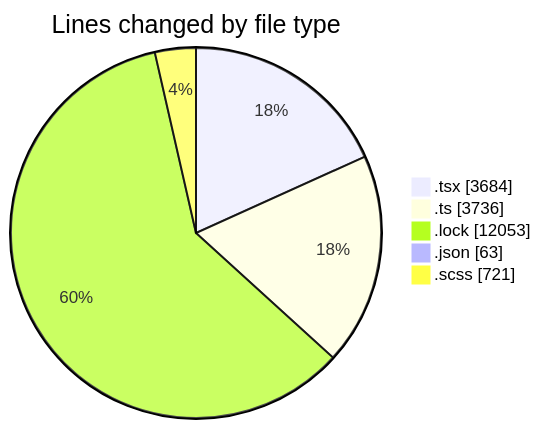
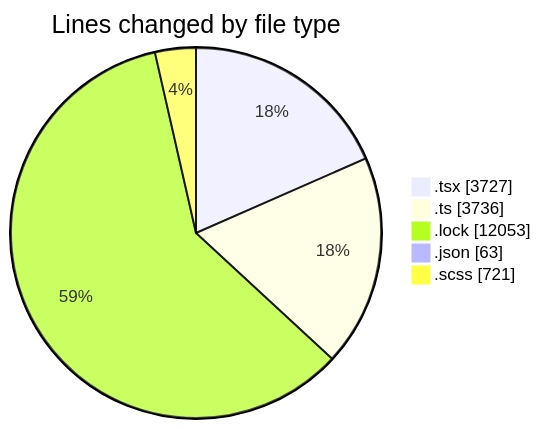
One commit to momahboobian/code-tracking changed the first of 2 diagrams in 2025-12-03/cda/README.md. Above: the diagram before and after it, drawn with Mermaid. The commit also changed other lines of this file and 1 other file, not shown here.

````diff
--- a/2025-12-03/cda/README.md
+++ b/2025-12-03/cda/README.md
@@ -32,9 +32,9 @@
 ```mermaid
 pie showData
 title Lines changed by file type
-".tsx" : 3684
+".tsx" : 3727
 ".ts" : 3736
 ".lock" : 12053
 ".json" : 63
 ".scss" : 721
 ```
````
